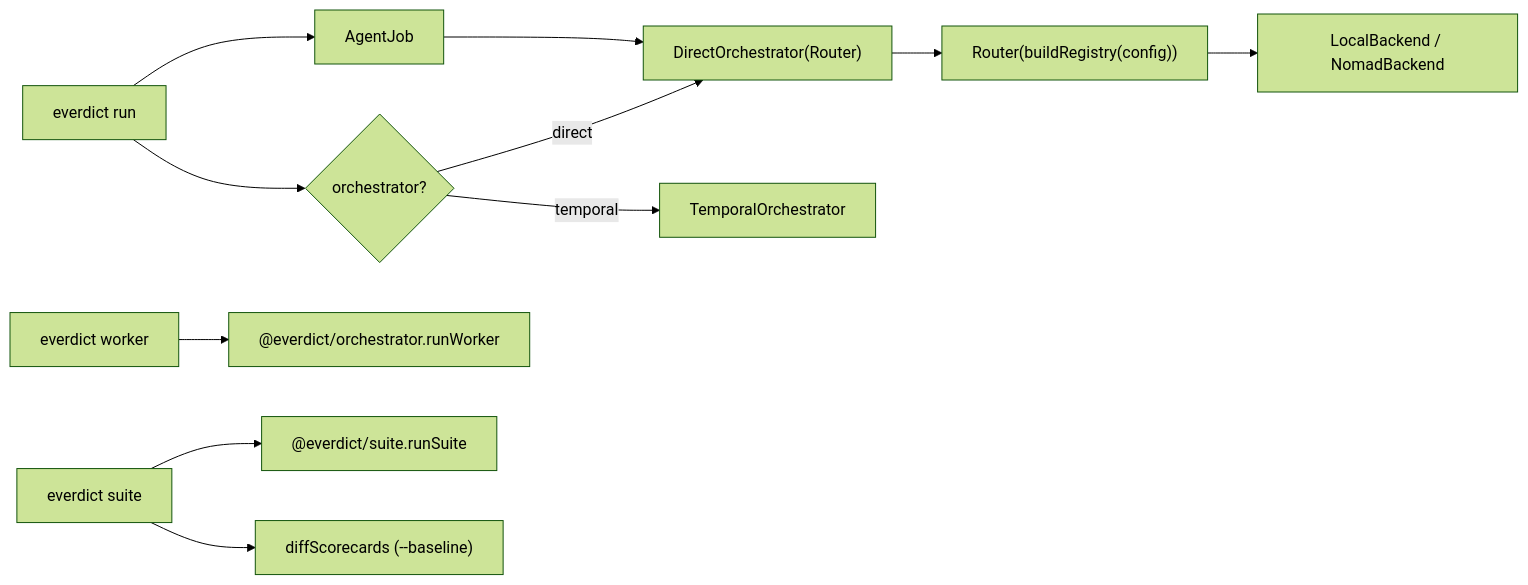
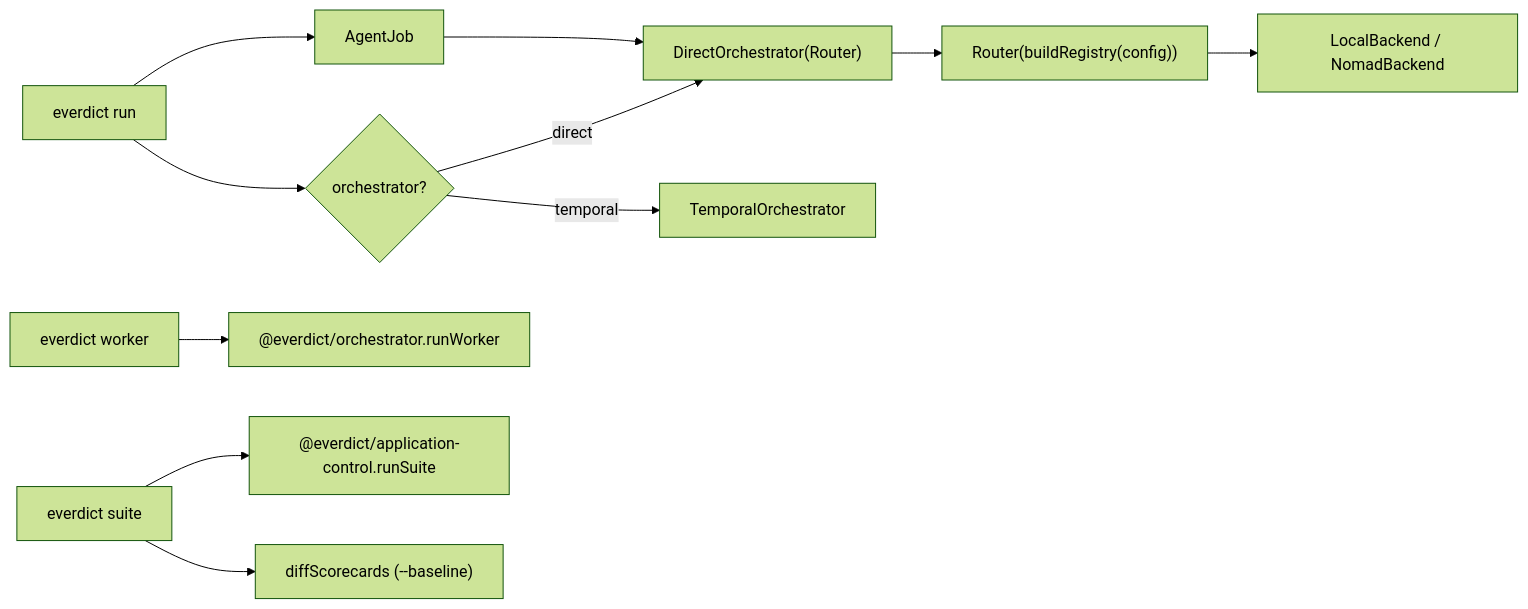
Diagram 23 of 24 in docs/architecture/collaboration.md (everdict/everdict), drawn with Mermaid (forest theme) before and after one commit. The commit also changed other lines of this file and 141 other files, not shown here.

````diff
--- a/docs/architecture/collaboration.md
+++ b/docs/architecture/collaboration.md
@@ -955,13 +962,13 @@
 ```mermaid
 flowchart LR
   run["everdict run"] --> orch{orchestrator?}
   orch -->|direct| DO["DirectOrchestrator(Router)"]
   orch -->|temporal| TO["TemporalOrchestrator"]
   DO --> Router["Router(buildRegistry(config))"]
   Router --> B["LocalBackend / NomadBackend"]
   run --> job[AgentJob] --> DO
 
   worker["everdict worker"] --> runWorker["@everdict/orchestrator.runWorker"]
-  suite["everdict suite"] --> runSuite["@everdict/suite.runSuite"]
+  suite["everdict suite"] --> runSuite["@everdict/application-control.runSuite"]
   suite --> diff["diffScorecards (--baseline)"]
 ```
````
